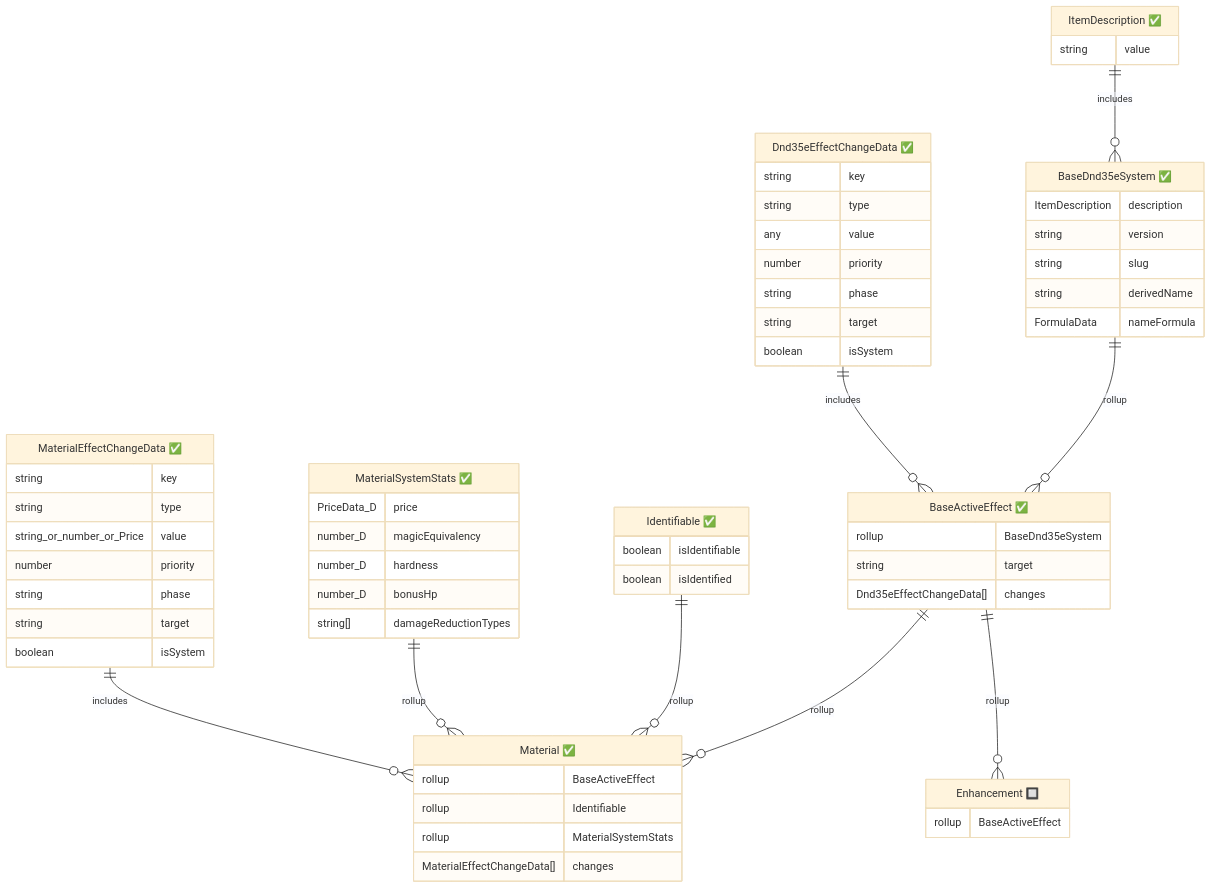
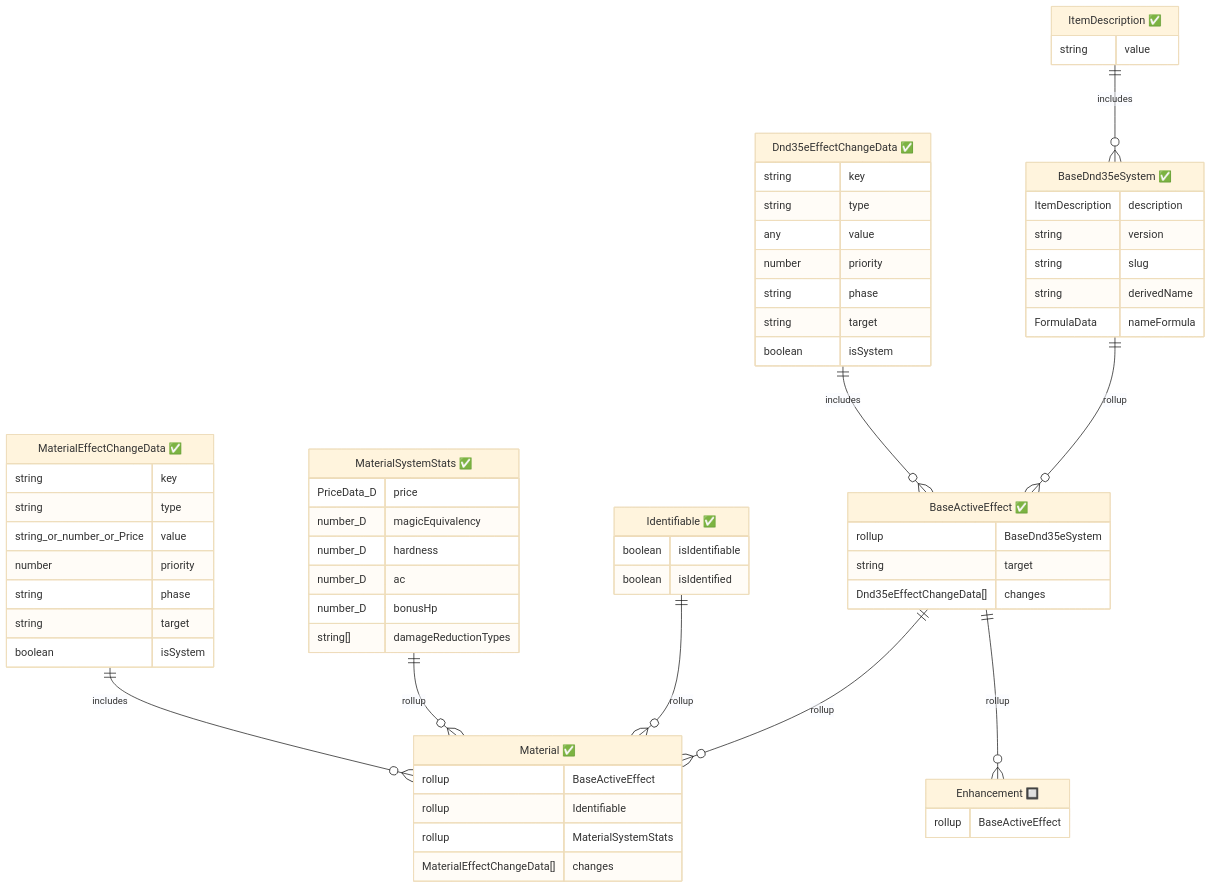
Before and after one commit to Chapel-Studios/DnD35e: the diagram in src/entities/activeEffects/PropertyMap.md, drawn with Mermaid (base theme). The commit also changed other lines of this file and 5 other files, not shown here.

```diff
--- a/src/entities/activeEffects/PropertyMap.md
+++ b/src/entities/activeEffects/PropertyMap.md
@@ -52,6 +52,7 @@
         PriceData_D price
         number_D magicEquivalency
         number_D hardness
+        number_D ac
         number_D bonusHp
         string[] damageReductionTypes
     }
@@ -76,6 +77,7 @@
         %% price -> system.price ADD
         %% magicEquivalency -> system.magicEquivalency UPGRADE
         %% hardness -> system.hardness ADD
+        %% ac -> system.ac ADD
         %% bonusHp -> system.hp.max ADD
         %% damageReductionTypes -> system.damageReductionTypes ADD
     }
```
